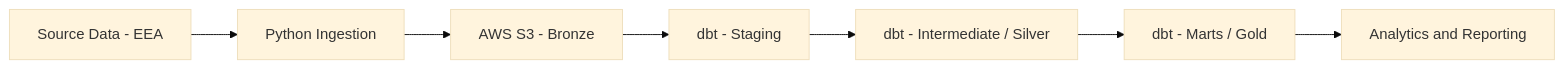
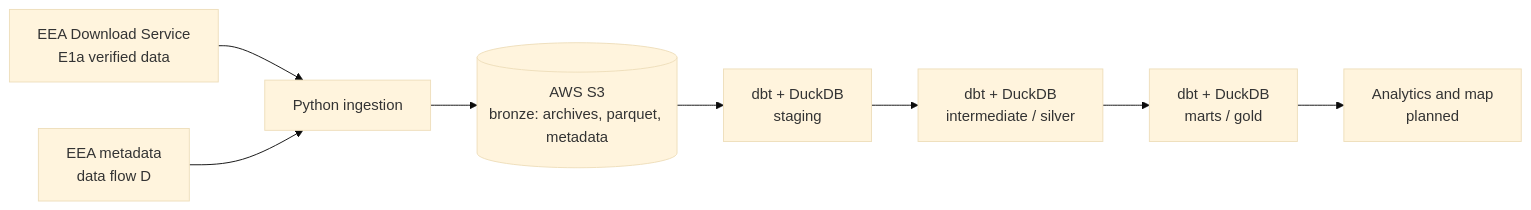
Before and after one commit to gwen-mp4/europe-air-quality: the diagram in README.md, drawn with Mermaid (base theme). The commit also changed other lines of this file, not shown here.

````diff
--- a/README.md
+++ b/README.md
@@ -19,9 +29,10 @@
 ```mermaid
 flowchart LR
-    A[Source Data - EEA] --> B[Python Ingestion]
-    B --> C[AWS S3 - Bronze]
-    C --> D[dbt - Staging]
-    D --> E[dbt - Intermediate / Silver]
-    E --> F[dbt - Marts / Gold]
-    F --> G[Analytics and Reporting]
+    A[EEA Download Service<br/>E1a verified data] --> B[Python ingestion]
+    M[EEA metadata<br/>data flow D] --> B
+    B --> C[(AWS S3<br/>bronze: archives, parquet, metadata)]
+    C --> D[dbt + DuckDB<br/>staging]
+    D --> E[dbt + DuckDB<br/>intermediate / silver]
+    E --> F[dbt + DuckDB<br/>marts / gold]
+    F --> G[Analytics and map<br/>planned]
 ```
````
